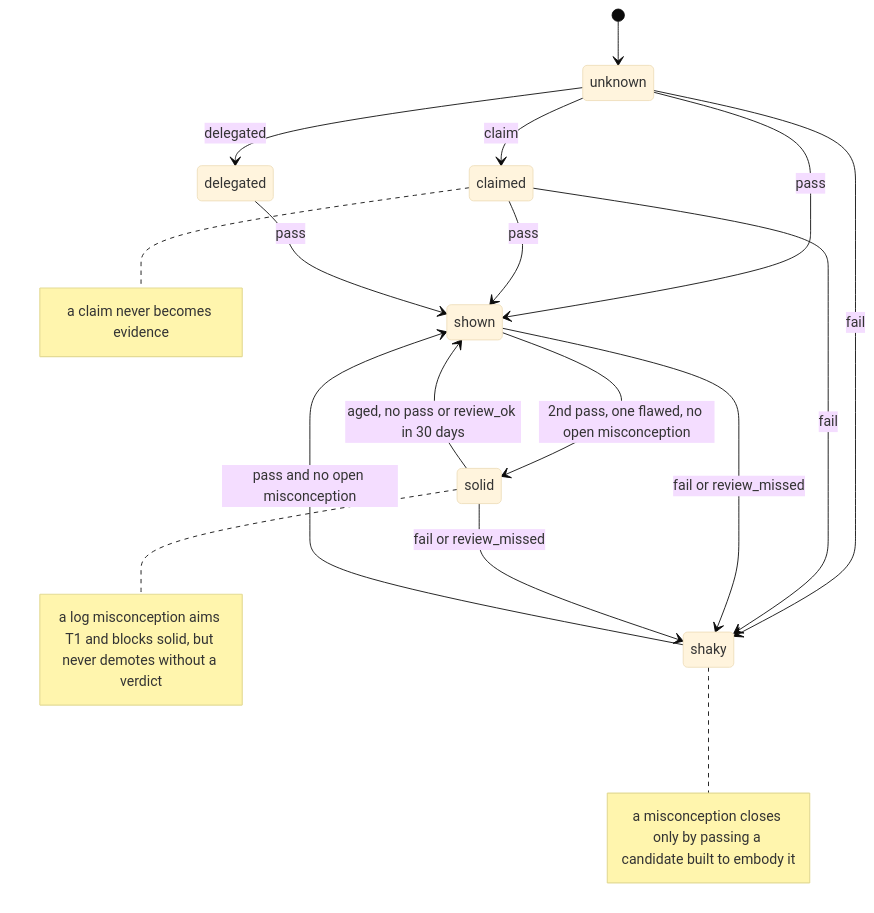
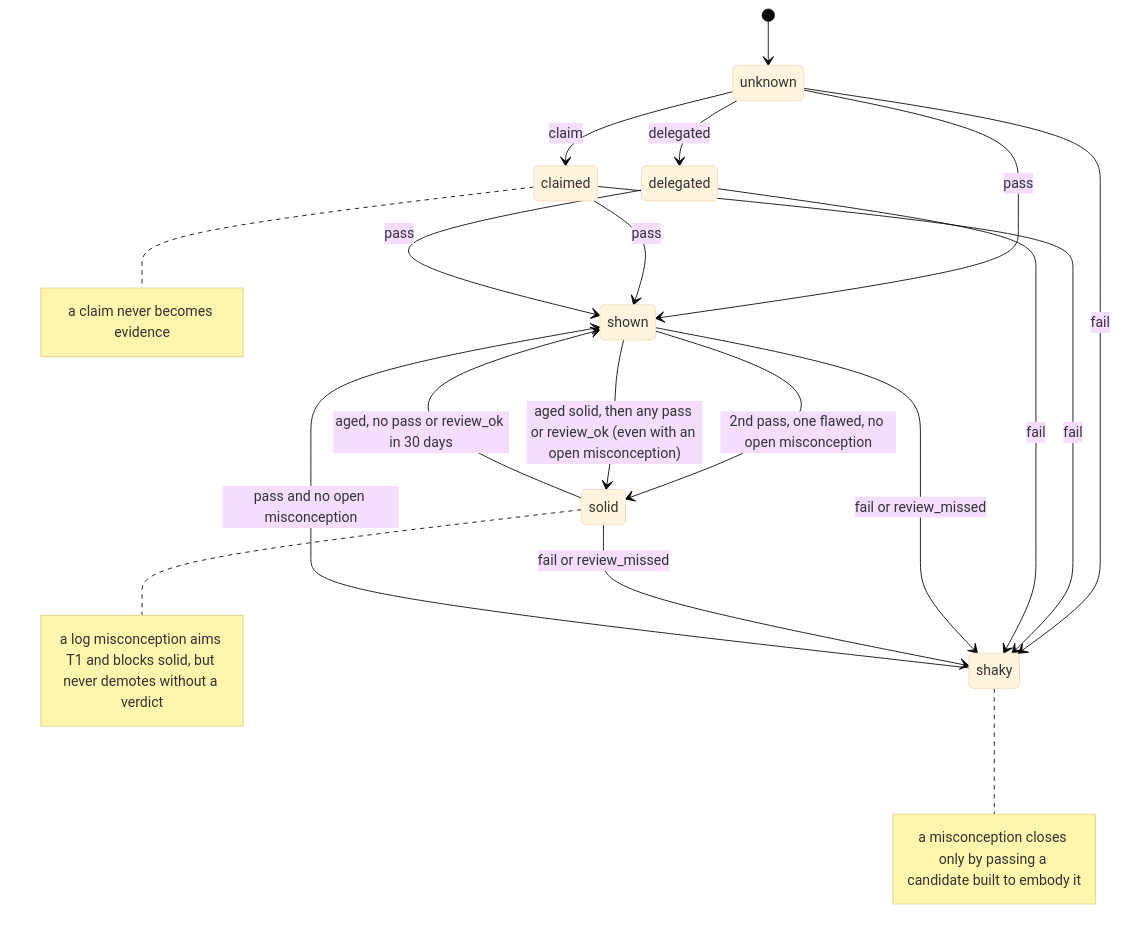
Before and after one commit to lprsrts/pathfinder: the fourth of 13 diagrams in docs/theory.md, drawn with Mermaid (base theme). The commit also changed other lines of this file, not shown here.

````diff
--- a/docs/theory.md
+++ b/docs/theory.md
@@ -362,19 +372,21 @@
 ```mermaid
 stateDiagram-v2
     [*] --> unknown
     unknown --> claimed: claim
     unknown --> delegated: delegated
     unknown --> shown: pass
     unknown --> shaky: fail
     claimed --> shown: pass
     claimed --> shaky: fail
     delegated --> shown: pass
+    delegated --> shaky: fail
     shaky --> shown: pass and no open misconception
     shown --> solid: 2nd pass, one flawed, no open misconception
     shown --> shaky: fail or review_missed
     solid --> shown: aged, no pass or review_ok in 30 days
+    shown --> solid: aged solid, then any pass or review_ok (even with an open misconception)
     solid --> shaky: fail or review_missed
     note right of claimed: a claim never becomes evidence
     note right of shaky: a misconception closes only by passing a candidate built to embody it
     note right of solid: a log misconception aims T1 and blocks solid, but never demotes without a verdict
 ```
````
